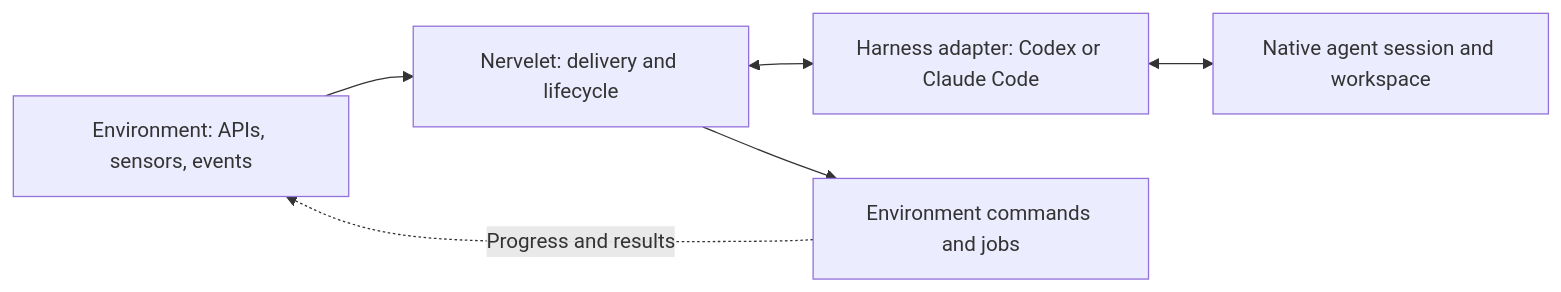
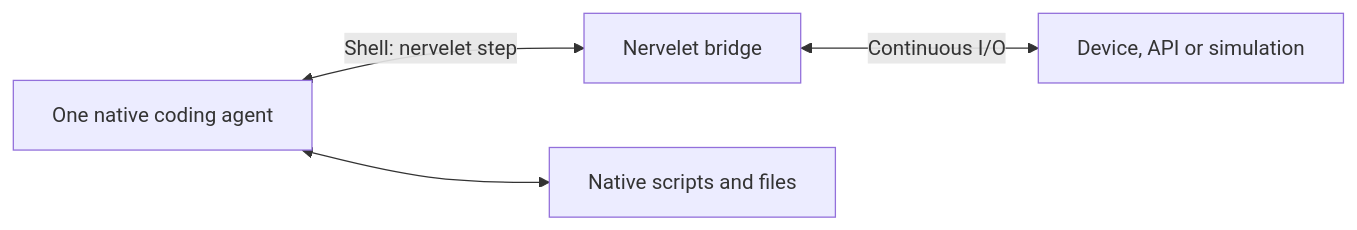
Before and after one commit to DanMcInerney/nervelet: the diagram in README.md, drawn with Mermaid. The commit also changed other lines of this file and 7 other files, not shown here.

Commit message:
Simplify Nervelet to one native agent and a CLI bridge

````diff
--- a/README.md
+++ b/README.md
@@ -11,8 +9,6 @@
 ```mermaid
 flowchart LR
-    E["Environment: APIs, sensors, events"] --> N["Nervelet: delivery and lifecycle"]
-    N <--> H["Harness adapter: Codex or Claude Code"]
-    H <--> A["Native agent session and workspace"]
-    N --> X["Environment commands and jobs"]
-    X -. "Progress and results" .-> E
+    A["One native coding agent"] <-->|"Shell: nervelet step"| B["Nervelet bridge"]
+    B <-->|"Continuous I/O"| D["Device, API or simulation"]
+    A <--> W["Native scripts and files"]
 ```
````
